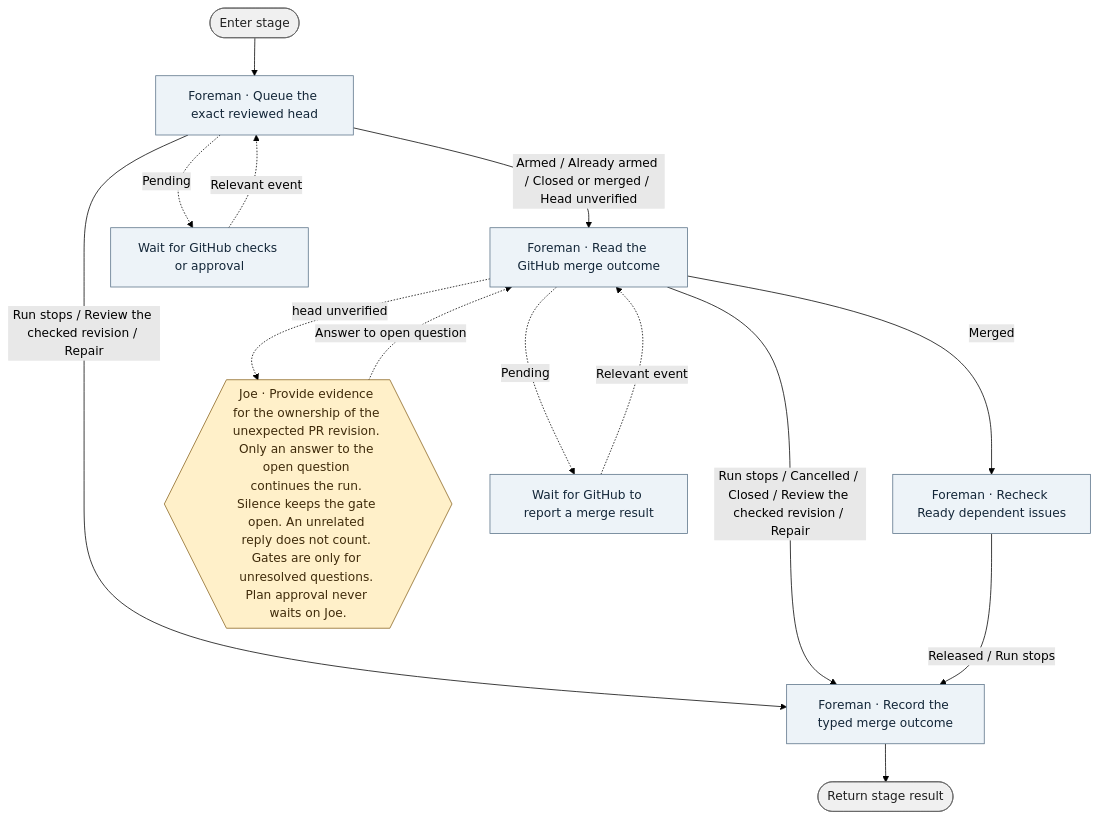
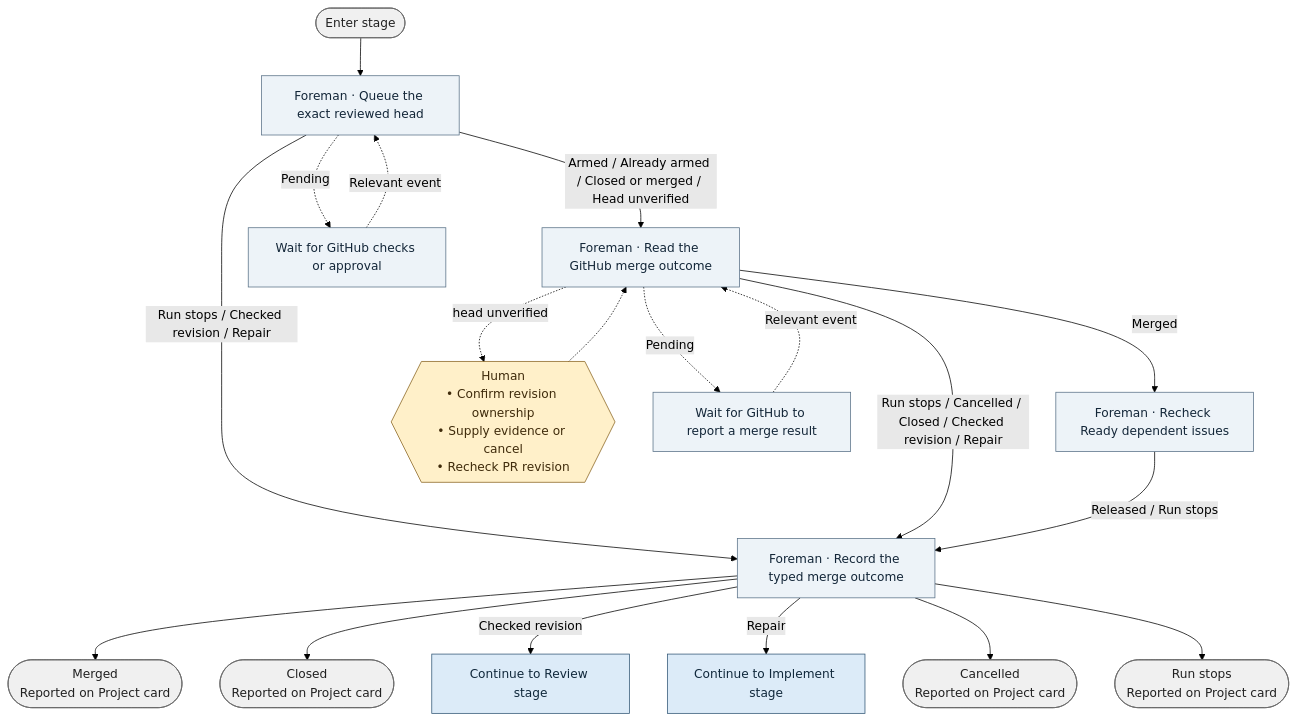
Before and after one commit to bookout-labs/tools: the diagram in docs/graph/blueprint/views/stages/merge.mmd, drawn with Mermaid (forest theme). The commit also changed 37 other files, not shown here.

Commit message:
Clarify blueprint gates, stage exits, and system context

```diff
--- a/docs/graph/blueprint/views/stages/merge.mmd
+++ b/docs/graph/blueprint/views/stages/merge.mmd
@@ -1,28 +1,38 @@
 flowchart TD
     n0(["Enter stage"]):::terminal
     n1["Foreman · Queue the exact reviewed head"]:::step
     n2["Foreman · Read the GitHub merge outcome"]:::step
     n3["Foreman · Recheck Ready dependent issues"]:::step
     n4["Foreman · Record the typed merge outcome"]:::step
-    n5(["Return stage result"]):::terminal
-    n6{{"Joe · Provide evidence for the ownership of the unexpected PR revision. Only an answer to the open question continues the run. Silence keeps the gate open. An unrelated reply does not count. Gates are only for unresolved questions. Plan approval never waits on Joe."}}:::gate
-    n7["Wait for GitHub checks or approval"]:::step
-    n8["Wait for GitHub to report a merge result"]:::step
+    n5(["Merged<br/>Reported on Project card"]):::terminal
+    n6(["Closed<br/>Reported on Project card"]):::terminal
+    n7["Continue to Review stage"]:::stage
+    n8["Continue to Implement stage"]:::stage
+    n9(["Cancelled<br/>Reported on Project card"]):::terminal
+    n10(["Run stops<br/>Reported on Project card"]):::terminal
+    n11{{"Human<br/>• Confirm revision ownership<br/>• Supply evidence or cancel<br/>• Recheck PR revision"}}:::gate
+    n12["Wait for GitHub checks or approval"]:::step
+    n13["Wait for GitHub to report a merge result"]:::step
     n0 --> n1
-    n1 -->|"Run stops / Review the checked revision / Repair"| n4
+    n1 -->|"Run stops / Checked revision / Repair"| n4
     n1 -->|"Armed / Already armed / Closed or merged / Head unverified"| n2
-    n2 -->|"Run stops / Cancelled / Closed / Review the checked revision / Repair"| n4
+    n2 -->|"Run stops / Cancelled / Closed / Checked revision / Repair"| n4
     n2 -->|"Merged"| n3
     n3 -->|"Released / Run stops"| n4
     n4 --> n5
-    n2 -.->|"head unverified"| n6
-    n6 -.->|"Answer to open question"| n2
-    n1 -.->|"Pending"| n7
-    n7 -.->|"Relevant event"| n1
-    n2 -.->|"Pending"| n8
-    n8 -.->|"Relevant event"| n2
+    n4 --> n6
+    n4 -->|"Checked revision"| n7
+    n4 -->|"Repair"| n8
+    n4 --> n9
+    n4 --> n10
+    n2 -.->|"head unverified"| n11
+    n11 -.-> n2
+    n1 -.->|"Pending"| n12
+    n12 -.->|"Relevant event"| n1
+    n2 -.->|"Pending"| n13
+    n13 -.->|"Relevant event"| n2
     classDef stage fill:#dcebf8,stroke:#315675,color:#10283b
     classDef step fill:#edf3f8,stroke:#597187,color:#132638
     classDef worker fill:#d7f0e8,stroke:#357369,color:#133c36
     classDef gate fill:#fff0c9,stroke:#89641f,color:#3f2b0b
     classDef terminal fill:#f0f0f0,stroke:#666666,color:#202020
```
